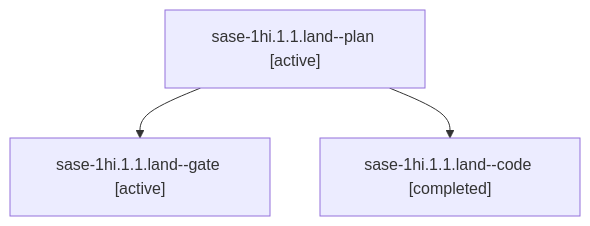
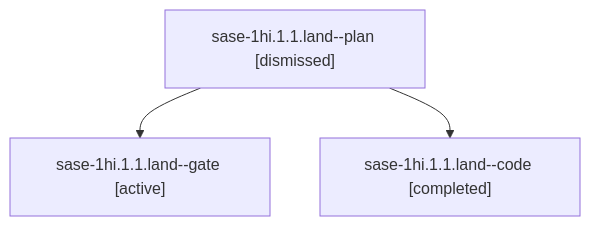
Before and after one commit to sase-org/sase--agents: the diagram in sessions/bbugyi200.apollo.sase-1hi.1.1.land.md, drawn with Mermaid. The commit also changed other lines of this file and 259 other files, not shown here.

````diff
--- a/sessions/bbugyi200.apollo.sase-1hi.1.1.land.md
+++ b/sessions/bbugyi200.apollo.sase-1hi.1.1.land.md
@@ -9,8 +9,8 @@
 ```mermaid
 flowchart TD
-  n0["sase-1hi.1.1.land--plan [active]"]
+  n0["sase-1hi.1.1.land--plan [dismissed]"]
   n1["sase-1hi.1.1.land--gate [active]"]
   n0 --> n1
   n2["sase-1hi.1.1.land--code [completed]"]
   n0 --> n2
 ```
````
